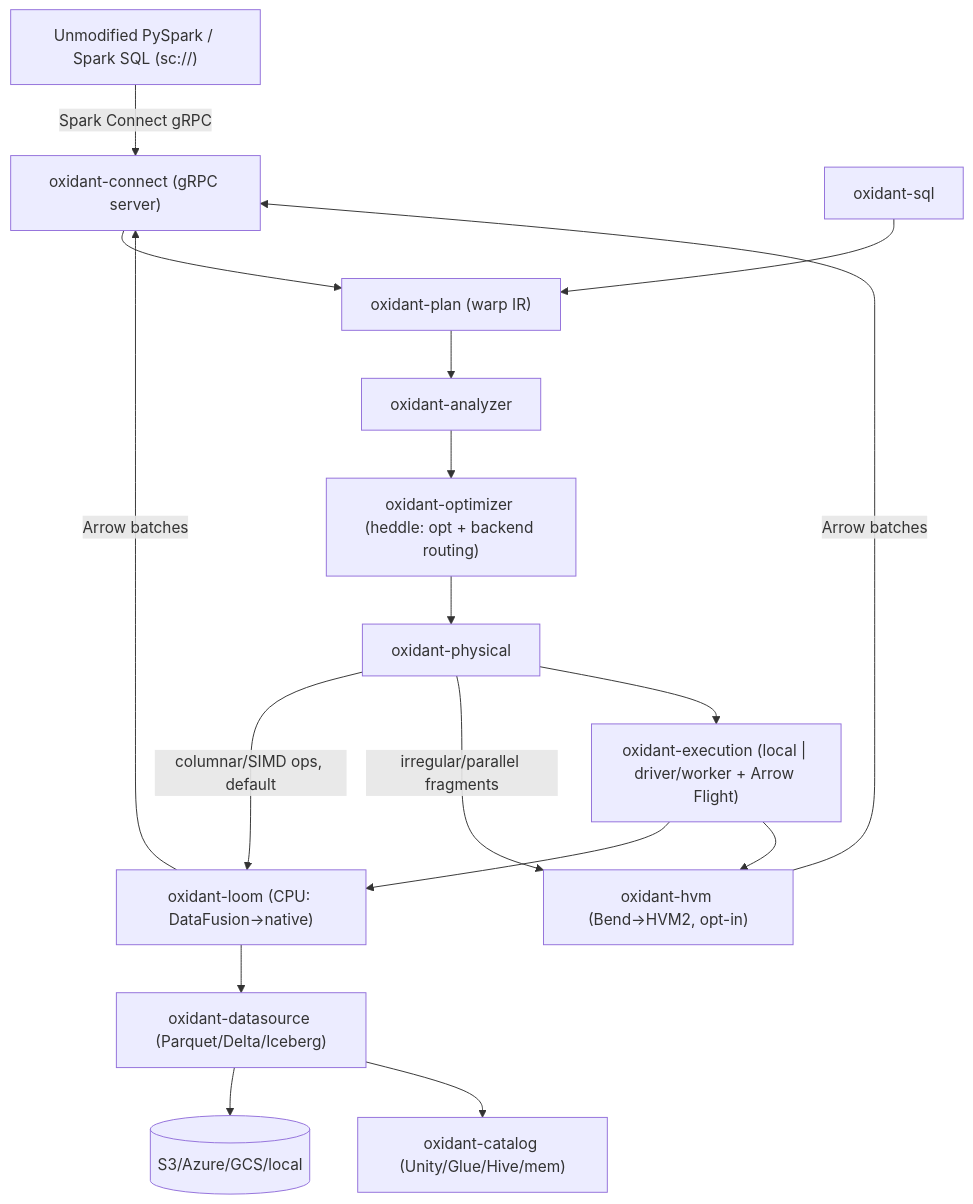
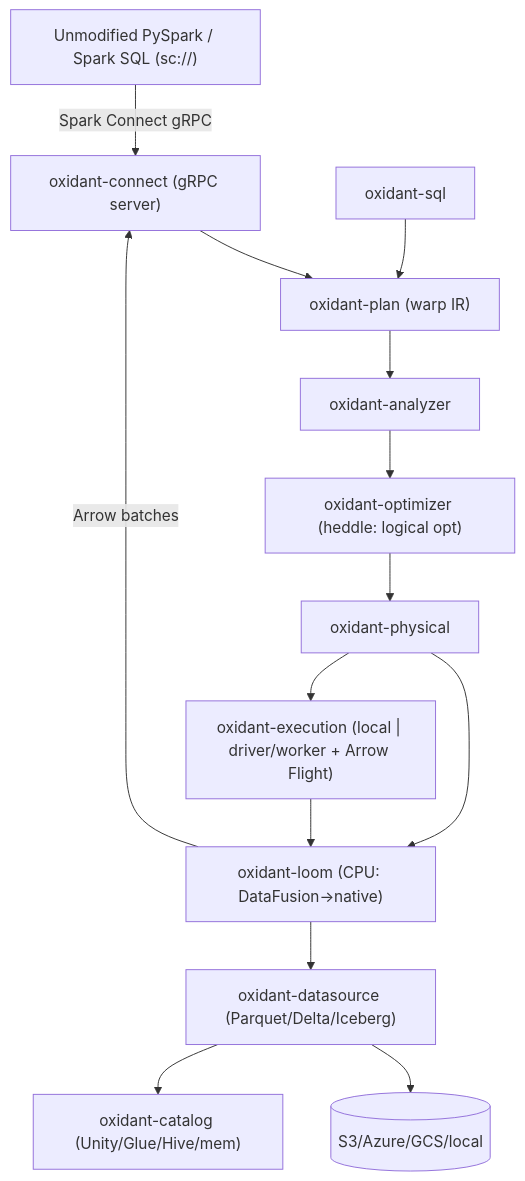
One commit to OxidantData/Oxidant changed the diagram in docs/architecture.md. Above: the diagram before and after it, drawn with Mermaid. The commit also changed other lines of this file and 4 other files, not shown here.

First line of the commit message:
docs: single-backend framing after oxidant-hvm removal

````diff
--- a/docs/architecture.md
+++ b/docs/architecture.md
@@ -44,16 +37,13 @@
 ```mermaid
 flowchart TD
   Client["Unmodified PySpark / Spark SQL (sc://)"] -->|Spark Connect gRPC| FE
   FE["oxidant-connect (gRPC server)"] --> WARP["oxidant-plan (warp IR)"]
   SQL["oxidant-sql"] --> WARP
-  WARP --> RES["oxidant-analyzer"] --> OPT["oxidant-optimizer (heddle: opt + backend routing)"] --> PHY["oxidant-physical"]
-  PHY -->|columnar/SIMD ops, default| LOOM["oxidant-loom (CPU: DataFusion→native)"]
-  PHY -->|irregular/parallel fragments| HVM["oxidant-hvm (Bend→HVM2, opt-in)"]
+  WARP --> RES["oxidant-analyzer"] --> OPT["oxidant-optimizer (heddle: logical opt)"] --> PHY["oxidant-physical"]
+  PHY --> LOOM["oxidant-loom (CPU: DataFusion→native)"]
   PHY --> EXEC["oxidant-execution (local | driver/worker + Arrow Flight)"]
   EXEC --> LOOM
-  EXEC --> HVM
   LOOM --> DS["oxidant-datasource (Parquet/Delta/Iceberg)"] --> OBJ[("S3/Azure/GCS/local")]
   DS --> CAT["oxidant-catalog (Unity/Glue/Hive/mem)"]
   LOOM -->|Arrow batches| FE
-  HVM -->|Arrow batches| FE
 ```
````
